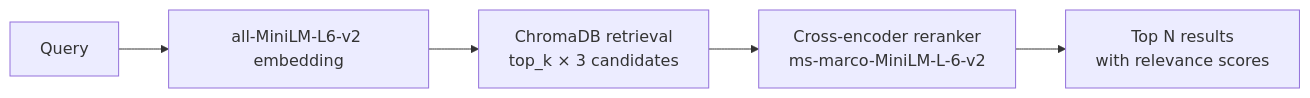
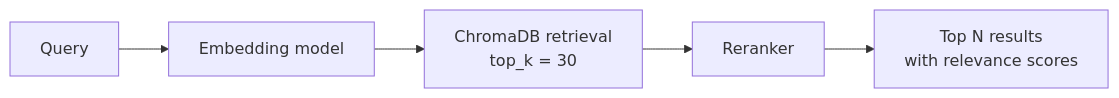
One commit to BrunoEdPerezS/ragthen changed the second of 4 diagrams in README.md. Above: the diagram before and after it, drawn with Mermaid. The commit also changed other lines of this file and 12 other files, not shown here.

````diff
--- a/README.md
+++ b/README.md
@@ -56,7 +82,7 @@
 ```mermaid
 flowchart LR
-    Q[Query] --> E[all-MiniLM-L6-v2 embedding]
-    E --> S[ChromaDB retrieval<br/>top_k × 3 candidates]
-    S --> R[Cross-encoder reranker<br/>ms-marco-MiniLM-L-6-v2]
+    Q[Query] --> E[Embedding model]
+    E --> S[ChromaDB retrieval<br/>top_k = 30]
+    S --> R[Reranker]
     R --> T[Top N results<br/>with relevance scores]
 ```
````
